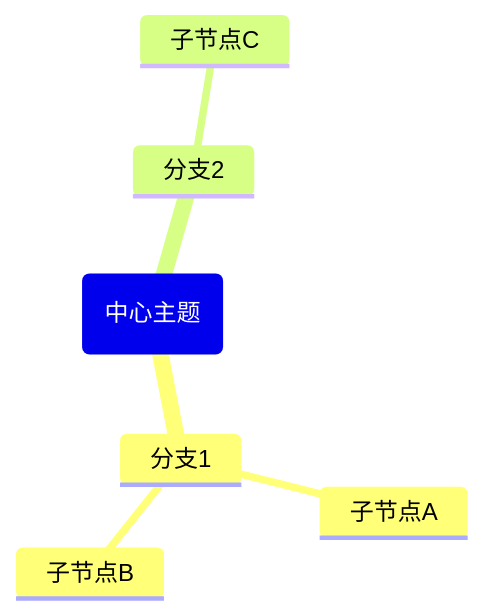
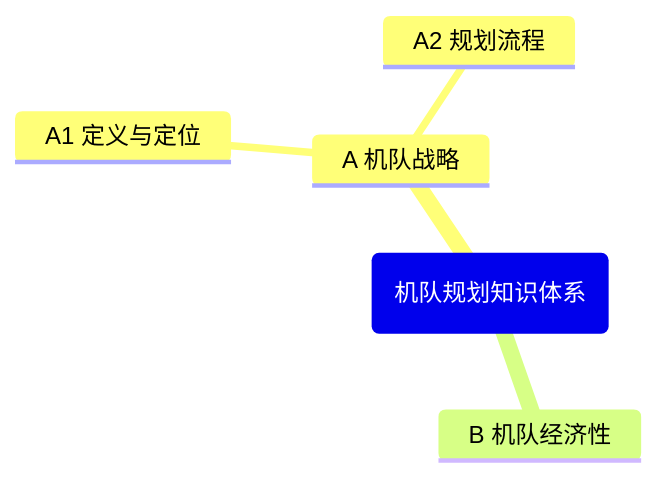
The third of 3 diagrams in plugins/fdiagram/SKILL.md (mengfanchun2017/skill), drawn with Mermaid before and after one commit. The commit also changed other lines of this file, not shown here.

````diff
--- a/plugins/fdiagram/SKILL.md
+++ b/plugins/fdiagram/SKILL.md
@@ -99,9 +60,8 @@
 ```mermaid
 mindmap
-  root(中心主题)
-    分支1
-      子节点A
-      子节点B
-    分支2
-      子节点C
+  root(机队规划知识体系)
+    A 机队战略
+      A1 定义与定位
+      A2 规划流程
+    B 机队经济性
 ```
````
